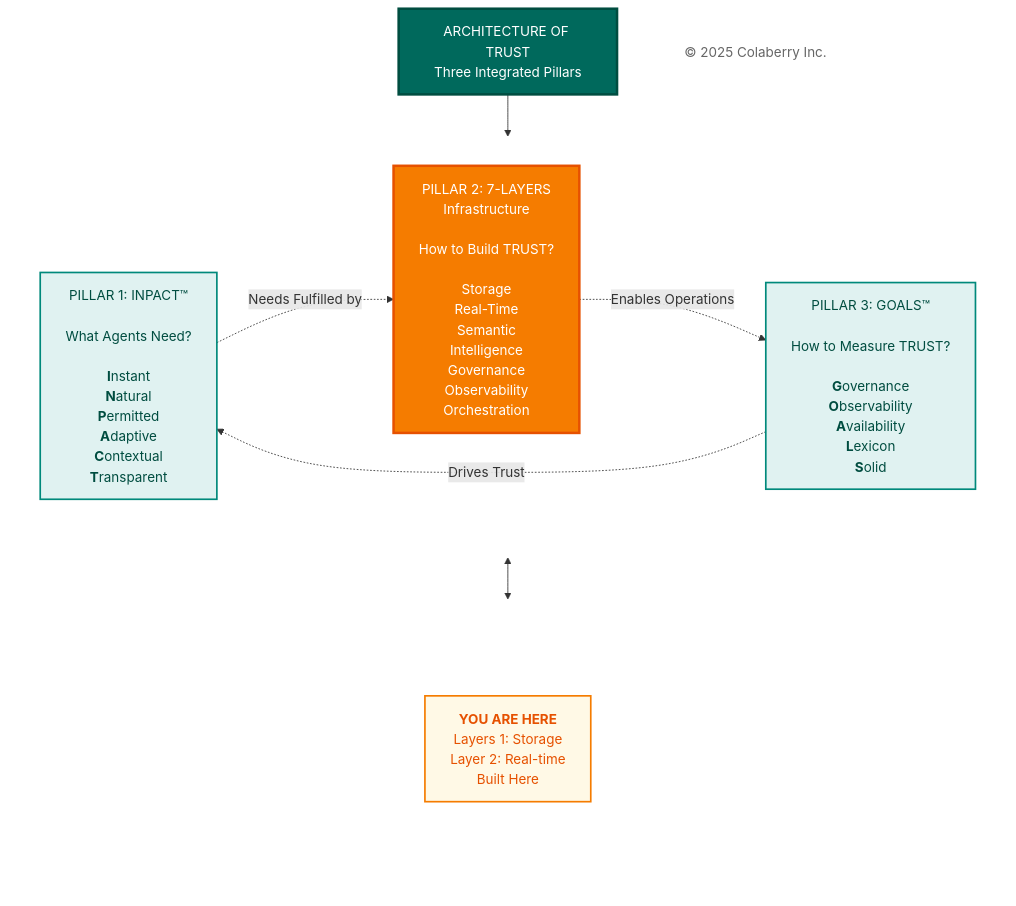
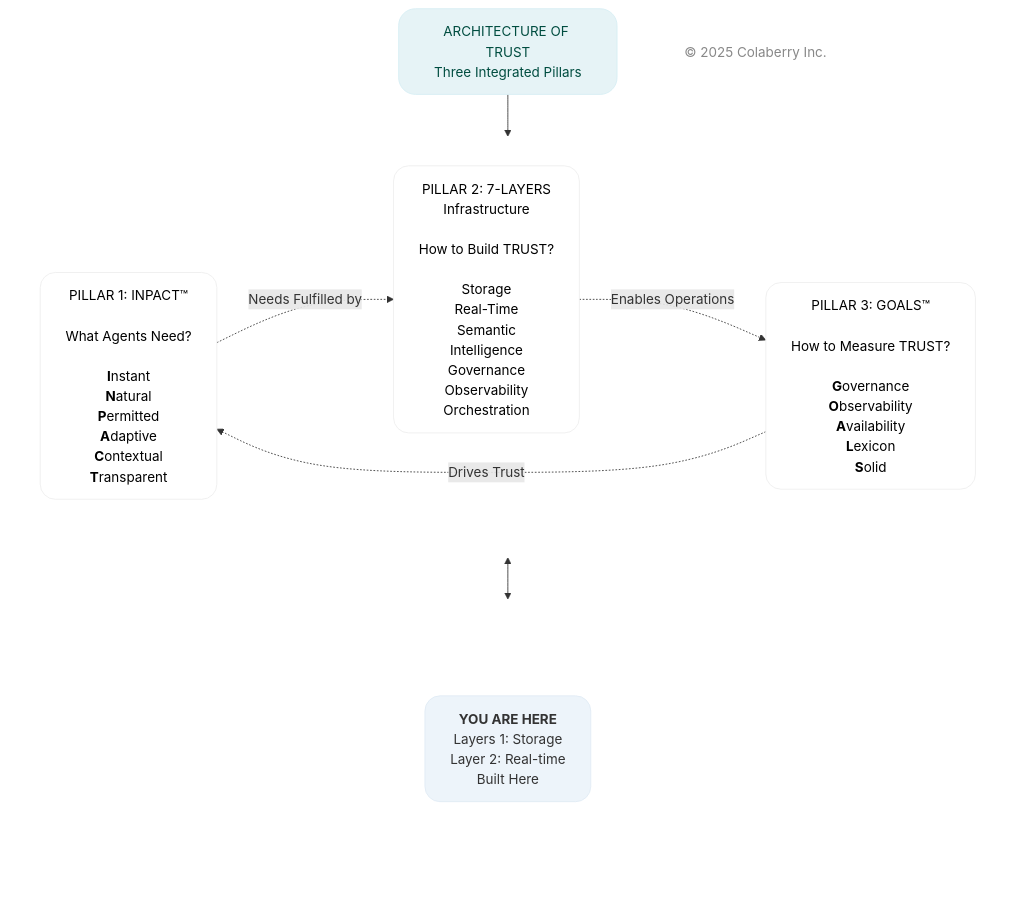
Before and after one commit to saitejesh-cyber/trust-before-intelligence-book: the second of 11 diagrams in manuscript/05_chapter_4_foundation_layers.md, drawn with Mermaid. The commit also changed other lines of this file and 4 other files, not shown here.

Commit message:
Chapter 1to5: Updated mermaid diagrams based on new colaberry color code

````diff
--- a/manuscript/05_chapter_4_foundation_layers.md
+++ b/manuscript/05_chapter_4_foundation_layers.md
@@ -81,43 +81,44 @@
 ```mermaid
 
 graph TB
     Title["ARCHITECTURE OF TRUST<br/>Three Integrated Pillars"]
     
     subgraph PILLARS[" "]
         direction LR
         INPACT["`PILLAR 1: INPACT™<br/><br/>What Agents Need?<br/><br/>**I**nstant<br/>**N**atural<br/>**P**ermitted<br/>**A**daptive<br/>**C**ontextual<br/>**T**ransparent`"]
         
         Layers["PILLAR 2: 7-LAYERS<br/>Infrastructure<br/><br/>How to Build TRUST?<br/><br/>Storage<br/>Real-Time<br/>Semantic<br/>Intelligence<br/>Governance<br/>Observability<br/>Orchestration"]
         
         GOALS["`PILLAR 3: GOALS™<br/><br/>How to Measure TRUST?<br/><br/>**G**overnance<br/>**O**bservability<br/>**A**vailability<br/>**L**exicon<br/>**S**olid`"]
     end
     
     subgraph INDICATOR[" "]
         direction LR
         Spacer1[" "]
         YouAreHere["<b>YOU ARE HERE</b><br/>Layers 1: Storage <br/> Layer 2: Real-time<br/> Built Here"]
         Spacer2[" "]
     end
     
     Copyright["© 2025 Colaberry Inc."]
     
     Title --> PILLARS
     PILLARS <--> INDICATOR
     
     INPACT -.->|"Needs Fulfilled by"| Layers
     Layers -.->|"Enables Operations"| GOALS
     GOALS -.->|"Drives Trust"| INPACT
 
-    style Title fill:#00695c,color:#ffffff,stroke:#004d40,stroke-width:3px
+
+    style Title fill:#e6f3f6,stroke:#d6eef3,stroke-width:1px,color:#004d40,rx:20,ry:20
     style PILLARS fill:none,stroke:none
     style INDICATOR fill:none,stroke:none
-    style INPACT fill:#e0f2f1,stroke:#00897b,stroke-width:2px,color:#004d40
-    style Layers fill:#f57c00,stroke:#e65100,stroke-width:3px,color:#ffffff
-    style GOALS fill:#e0f2f1,stroke:#00897b,stroke-width:2px,color:#004d40
+    style INPACT fill:#ffffff,stroke:#eeeeee,stroke-width:1px,color:#000000,rx:18,ry:18
+    style Layers fill:#ffffff,stroke:#eeeeee,stroke-width:1px,color:#000000,rx:18,ry:18
+    style GOALS fill:#ffffff,stroke:#eeeeee,stroke-width:1px,color:#000000,rx:18,ry:18
+    style YouAreHere fill:#edf4fa,stroke:#e1ebf5,stroke-width:1px,color:#333333,rx:18,ry:18
     style Spacer1 fill:none,stroke:none,color:transparent
-    style YouAreHere fill:#fff9e6,stroke:#f57c00,stroke-width:2px,color:#e65100
     style Spacer2 fill:none,stroke:none,color:transparent
-    style Copyright fill:#ffffff,stroke:none,color:#666666
+    style Copyright fill:none,stroke:none,color:#888888
 
 
 ```
````
